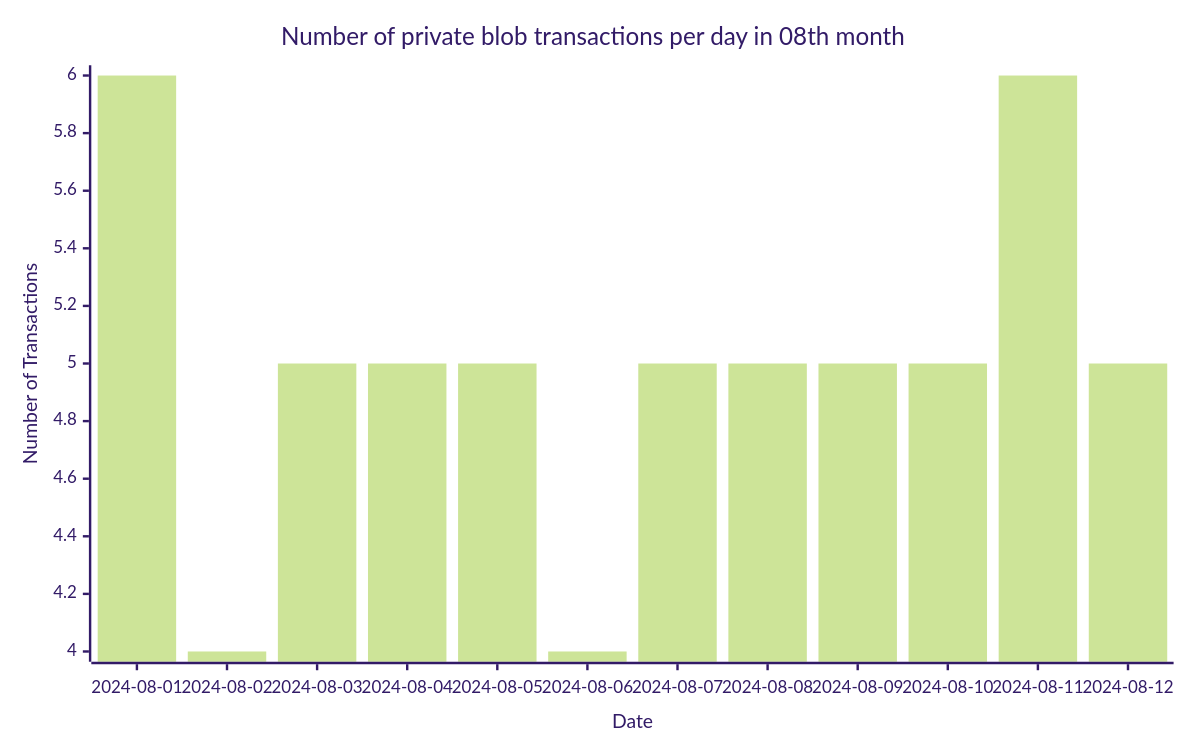
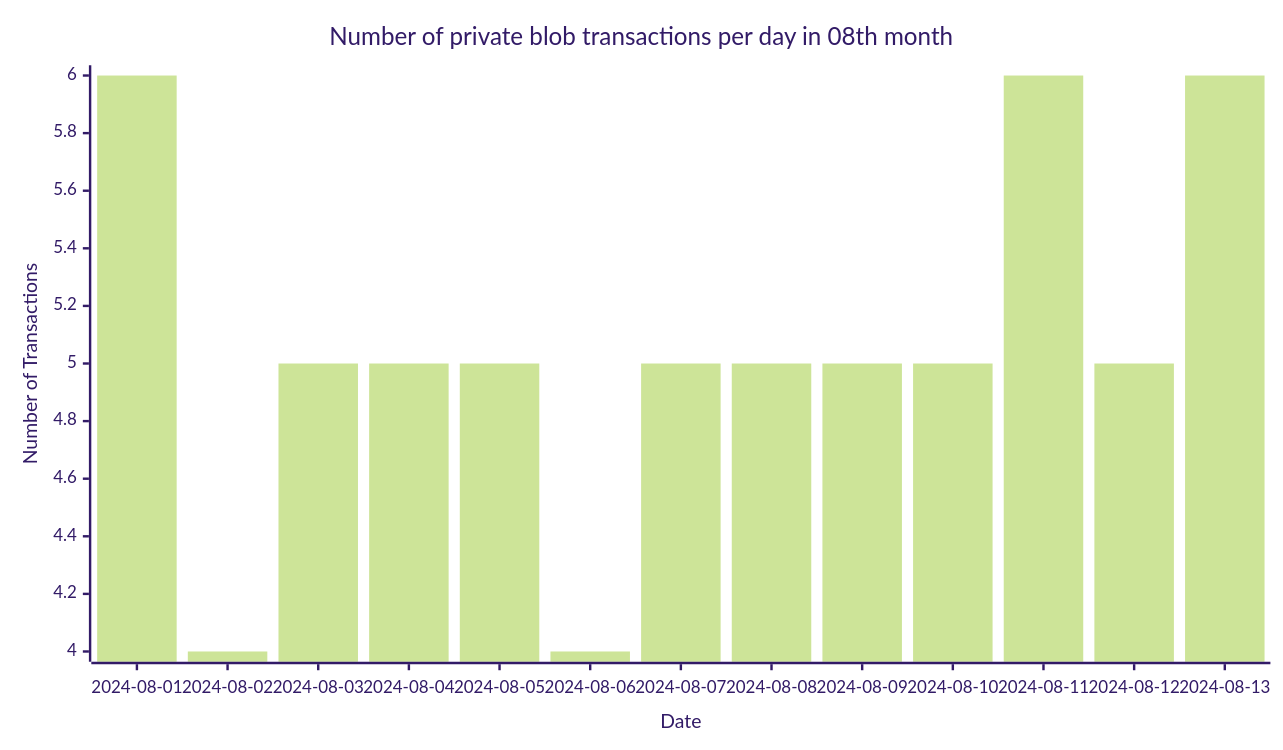
Before and after one commit to Amit0617/eip4844-data: the sixth of 6 diagrams in README.md, drawn with Mermaid (forest theme). The commit also changed 1 other file, not shown here.

````diff
--- a/README.md
+++ b/README.md
@@ -66,12 +66,12 @@
 ```mermaid
 ---
 config:
     xyChart:
-        width: 960
+        width: 1040
         height: 600
 ---
 xychart-beta title "Number of private blob transactions per day in 08th month"
-x-axis "Date" [2024-08-01,2024-08-02,2024-08-03,2024-08-04,2024-08-05,2024-08-06,2024-08-07,2024-08-08,2024-08-09,2024-08-10,2024-08-11,2024-08-12]
+x-axis "Date" [2024-08-01,2024-08-02,2024-08-03,2024-08-04,2024-08-05,2024-08-06,2024-08-07,2024-08-08,2024-08-09,2024-08-10,2024-08-11,2024-08-12,2024-08-13]
 y-axis "Number of Transactions"
-bar[6,4,5,5,5,4,5,5,5,5,6,5]
+bar[6,4,5,5,5,4,5,5,5,5,6,5,6]
 ```
````
